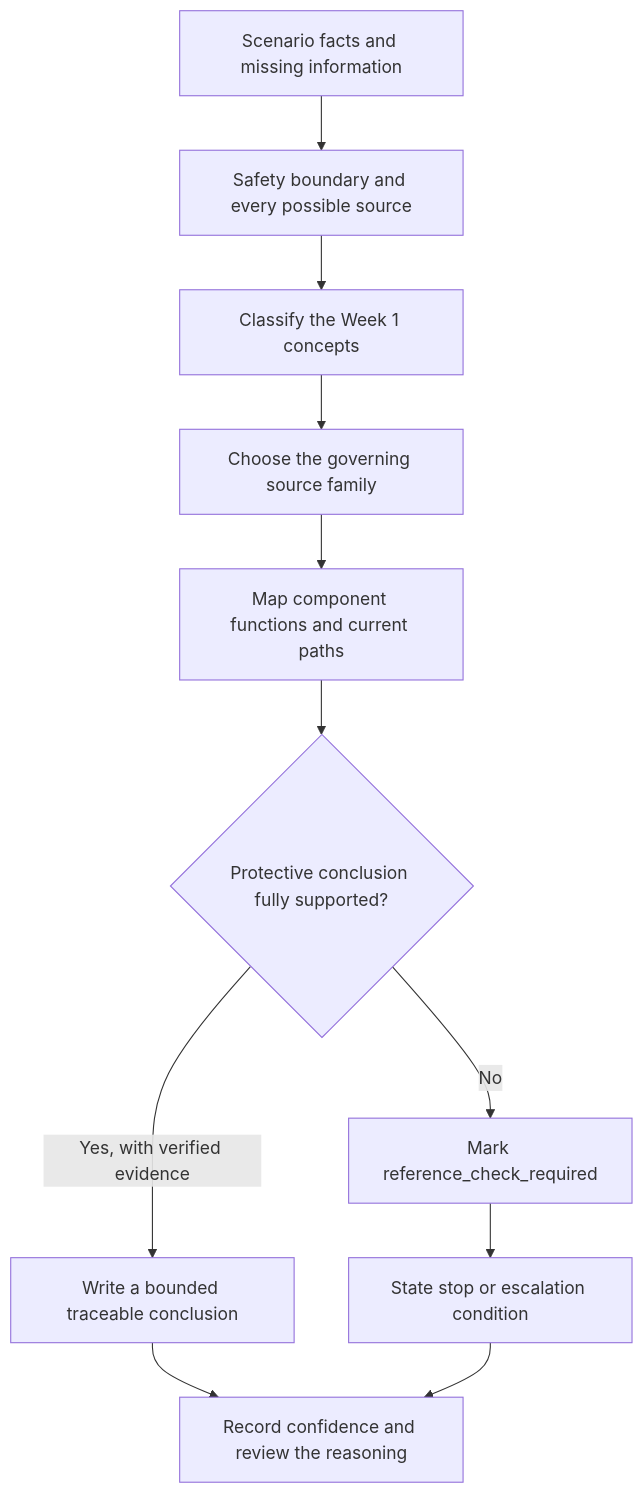
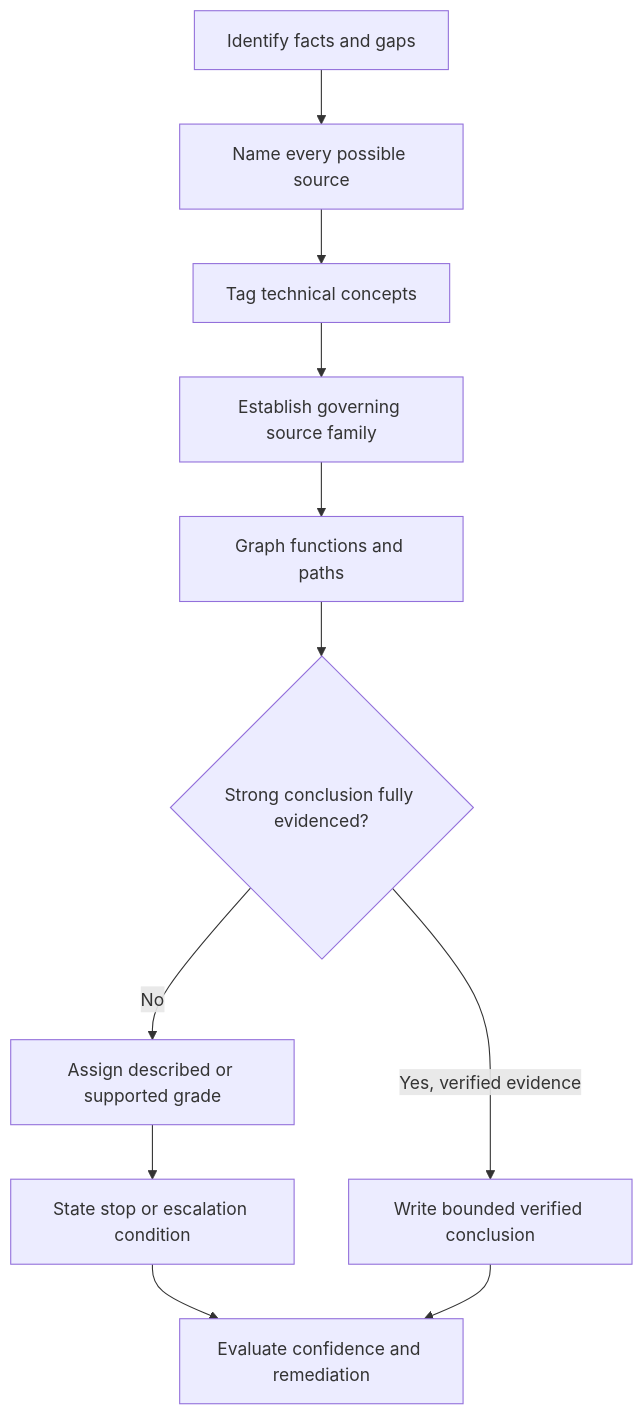
One commit to andrew3stedall/capstone changed the first of 2 diagrams in docs/learning-plans/4-week/modules/day-07-week-1-consolidation-and-competency-check.md. Above: the diagram before and after it, drawn with Mermaid. The commit also changed other lines of this file, not shown here.

````diff
--- a/docs/learning-plans/4-week/modules/day-07-week-1-consolidation-and-competency-check.md
+++ b/docs/learning-plans/4-week/modules/day-07-week-1-consolidation-and-competency-check.md
@@ -130,13 +121,13 @@
 ```mermaid
 flowchart TD
-    A["Scenario facts and missing information"] --> B["Safety boundary and every possible source"]
-    B --> C["Classify the Week 1 concepts"]
-    C --> D["Choose the governing source family"]
-    D --> E["Map component functions and current paths"]
-    E --> F{"Protective conclusion fully supported?"}
-    F -->|"No"| G["Mark reference_check_required"]
+    A["Identify facts and gaps"] --> B["Name every possible source"]
+    B --> C["Tag technical concepts"]
+    C --> D["Establish governing source family"]
+    D --> E["Graph functions and paths"]
+    E --> F{"Strong conclusion fully evidenced?"}
+    F -->|"No"| G["Assign described or supported grade"]
     G --> H["State stop or escalation condition"]
-    F -->|"Yes, with verified evidence"| I["Write a bounded traceable conclusion"]
-    I --> J["Record confidence and review the reasoning"]
-    H --> J
+    F -->|"Yes, verified evidence"| I["Write bounded verified conclusion"]
+    H --> J["Evaluate confidence and remediation"]
+    I --> J
 ```
````
